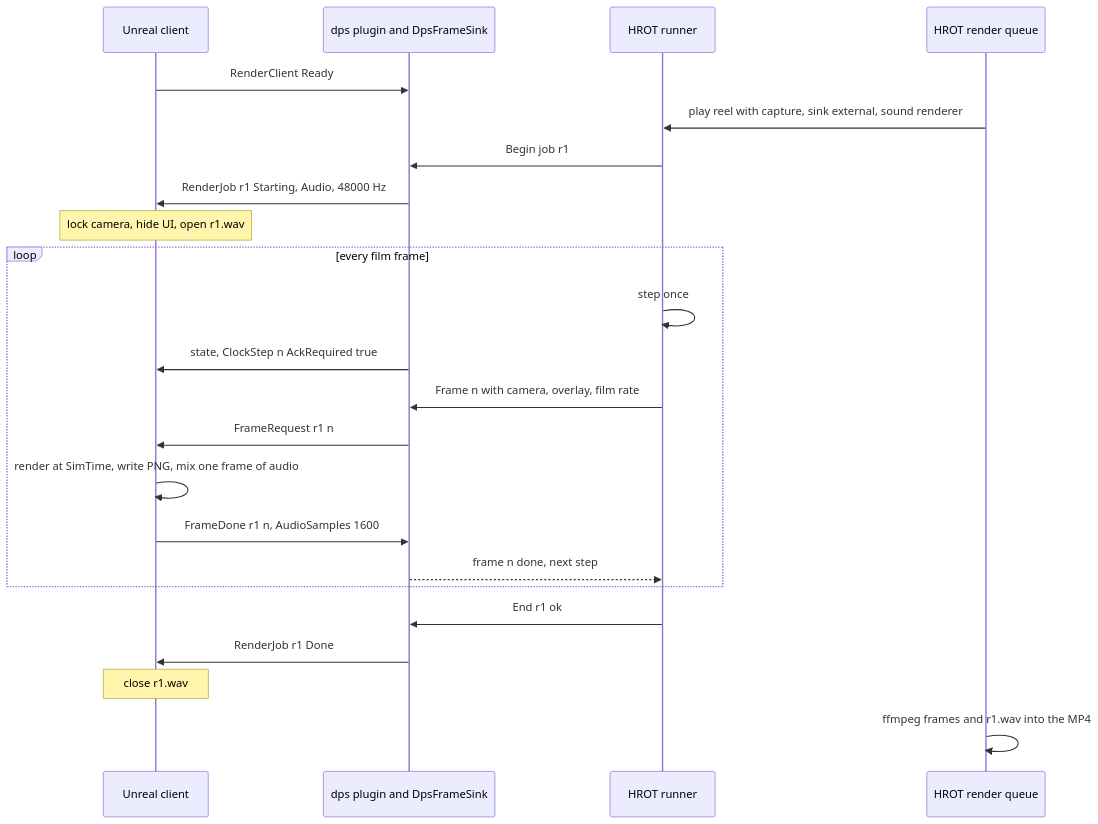
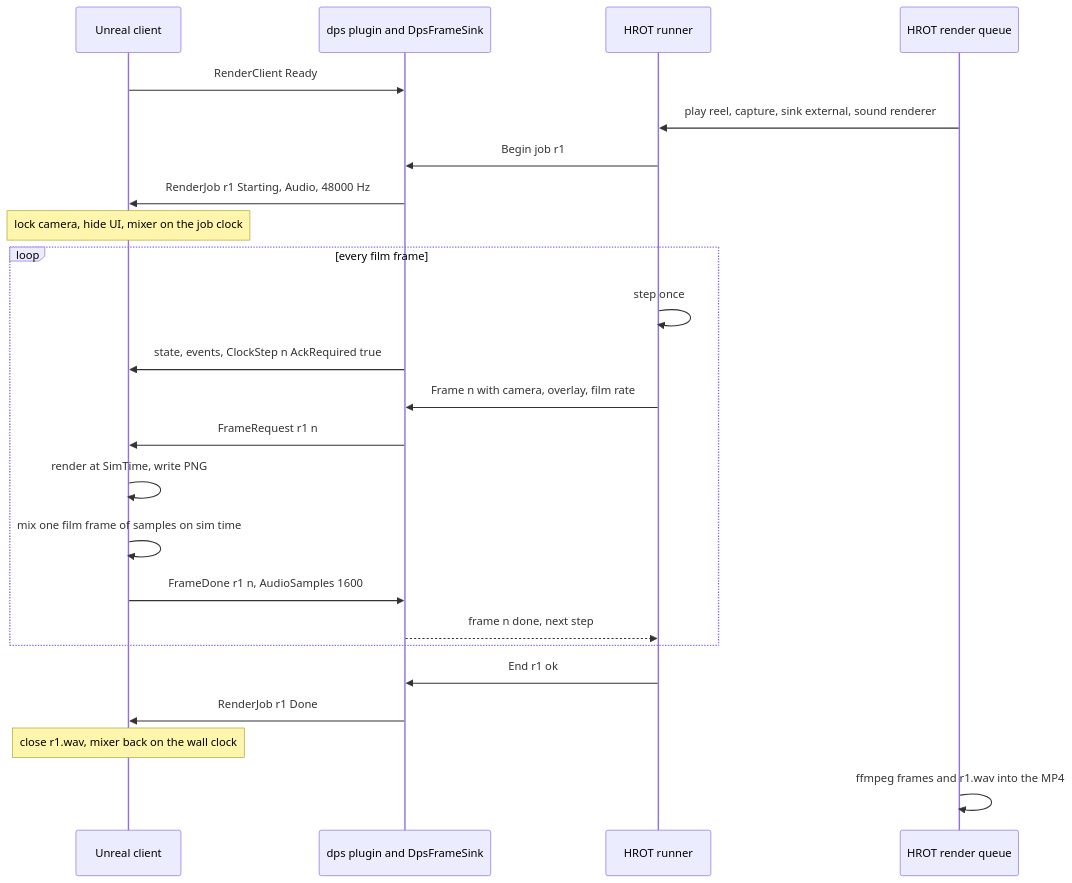
Before and after one commit to pjanec/SimNetGateway: the fifth of 6 diagrams in docs/design/DD-022-Dps-Director-Rendering.md, drawn with Mermaid. The commit also changed other lines of this file and 3 other files, not shown here.

First line of the commit message:
T-039: DD-022 rev 3 - HROT's time sync measured (anchors, no pulse), the soundtrack built on sim time, the Unreal session's findings

````diff
--- a/docs/design/DD-022-Dps-Director-Rendering.md
+++ b/docs/design/DD-022-Dps-Director-Rendering.md
@@ -356,25 +390,26 @@
 ```mermaid
 sequenceDiagram
     participant U as Unreal client
     participant G as dps plugin and DpsFrameSink
     participant R as HROT runner
     participant Q as HROT render queue
     U->>G: RenderClient Ready
-    Q->>R: play reel with capture, sink external, sound renderer
+    Q->>R: play reel, capture, sink external, sound renderer
     R->>G: Begin job r1
     G->>U: RenderJob r1 Starting, Audio, 48000 Hz
-    Note over U: lock camera, hide UI, open r1.wav
+    Note over U: lock camera, hide UI, mixer on the job clock
     loop every film frame
         R->>R: step once
-        G->>U: state, ClockStep n AckRequired true
+        G->>U: state, events, ClockStep n AckRequired true
         R->>G: Frame n with camera, overlay, film rate
         G->>U: FrameRequest r1 n
-        U->>U: render at SimTime, write PNG, mix one frame of audio
+        U->>U: render at SimTime, write PNG
+        U->>U: mix one film frame of samples on sim time
         U->>G: FrameDone r1 n, AudioSamples 1600
         G-->>R: frame n done, next step
     end
     R->>G: End r1 ok
     G->>U: RenderJob r1 Done
-    Note over U: close r1.wav
+    Note over U: close r1.wav, mixer back on the wall clock
     Q->>Q: ffmpeg frames and r1.wav into the MP4
 ```
````
